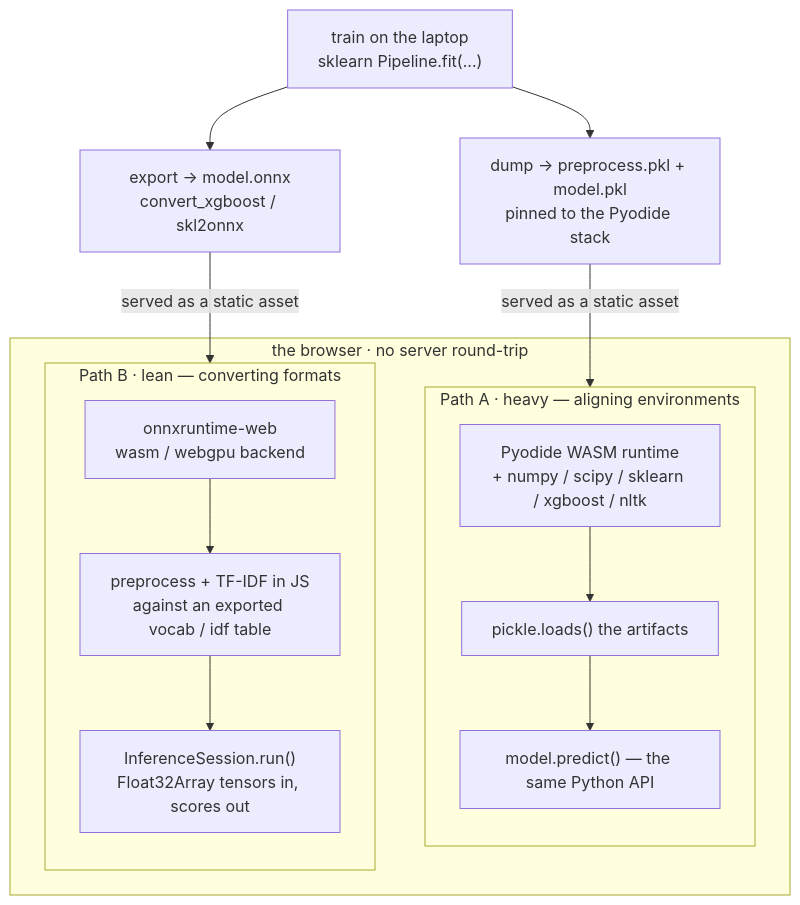
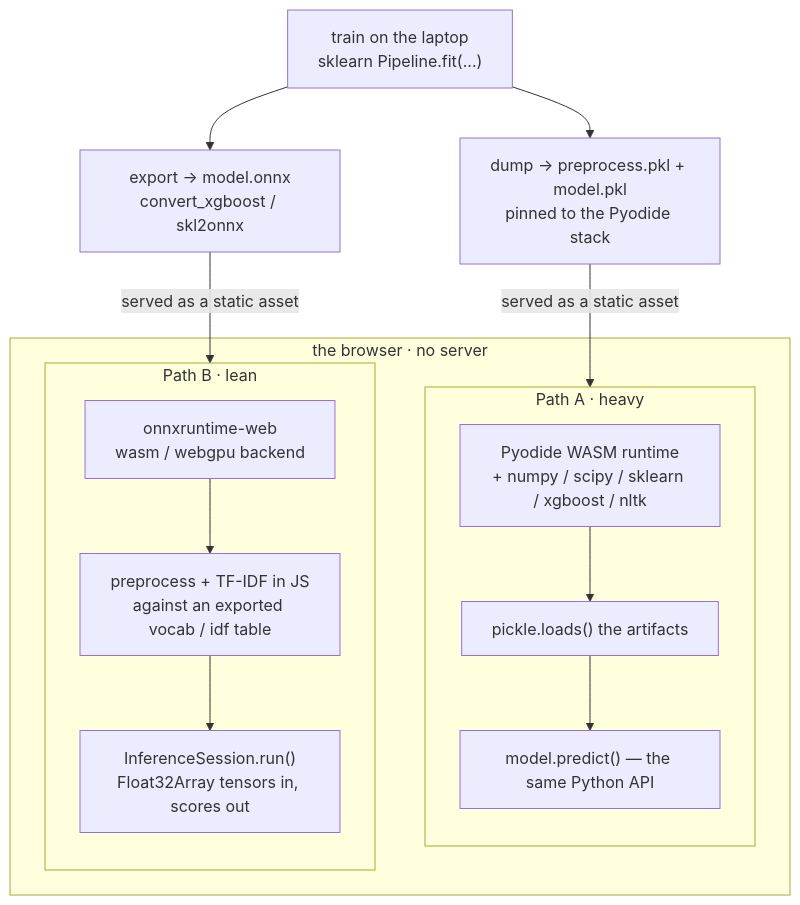
Before and after one commit to tashifkhan/Blog: the diagram in src/blogs/ML-In-The-Browser.md, drawn with Mermaid. The commit also changed 1 other file, not shown here.

Commit message:
fix: shorten mermaid subgraph labels to prevent wrapping

````diff
--- a/src/blogs/ML-In-The-Browser.md
+++ b/src/blogs/ML-In-The-Browser.md
@@ -41,29 +41,29 @@
 ```mermaid
 flowchart TD
     TRAIN["train on the laptop<br/>sklearn Pipeline.fit(...)"]
     PKL["dump → preprocess.pkl + model.pkl<br/>pinned to the Pyodide stack"]
     ONNX["export → model.onnx<br/>convert_xgboost / skl2onnx"]
 
     TRAIN --> PKL
     TRAIN --> ONNX
     PKL -->|"served as a static asset"| PYO
     ONNX -->|"served as a static asset"| ORT
 
-    subgraph browser ["the browser · no server round-trip"]
-        subgraph pathA ["Path A · heavy — aligning environments"]
+    subgraph browser ["the browser · no server"]
+        subgraph pathA ["Path A · heavy"]
             direction TB
             PYO["Pyodide WASM runtime<br/>+ numpy / scipy / sklearn / xgboost / nltk"]
             LOADA["pickle.loads() the artifacts"]
             RUNA["model.predict() — the same Python API"]
             PYO --> LOADA --> RUNA
         end
 
-        subgraph pathB ["Path B · lean — converting formats"]
+        subgraph pathB ["Path B · lean"]
             direction TB
             ORT["onnxruntime-web<br/>wasm / webgpu backend"]
             PREB["preprocess + TF-IDF in JS<br/>against an exported vocab / idf table"]
             RUNB["InferenceSession.run()<br/>Float32Array tensors in, scores out"]
             ORT --> PREB --> RUNB
         end
     end
 ```
````
